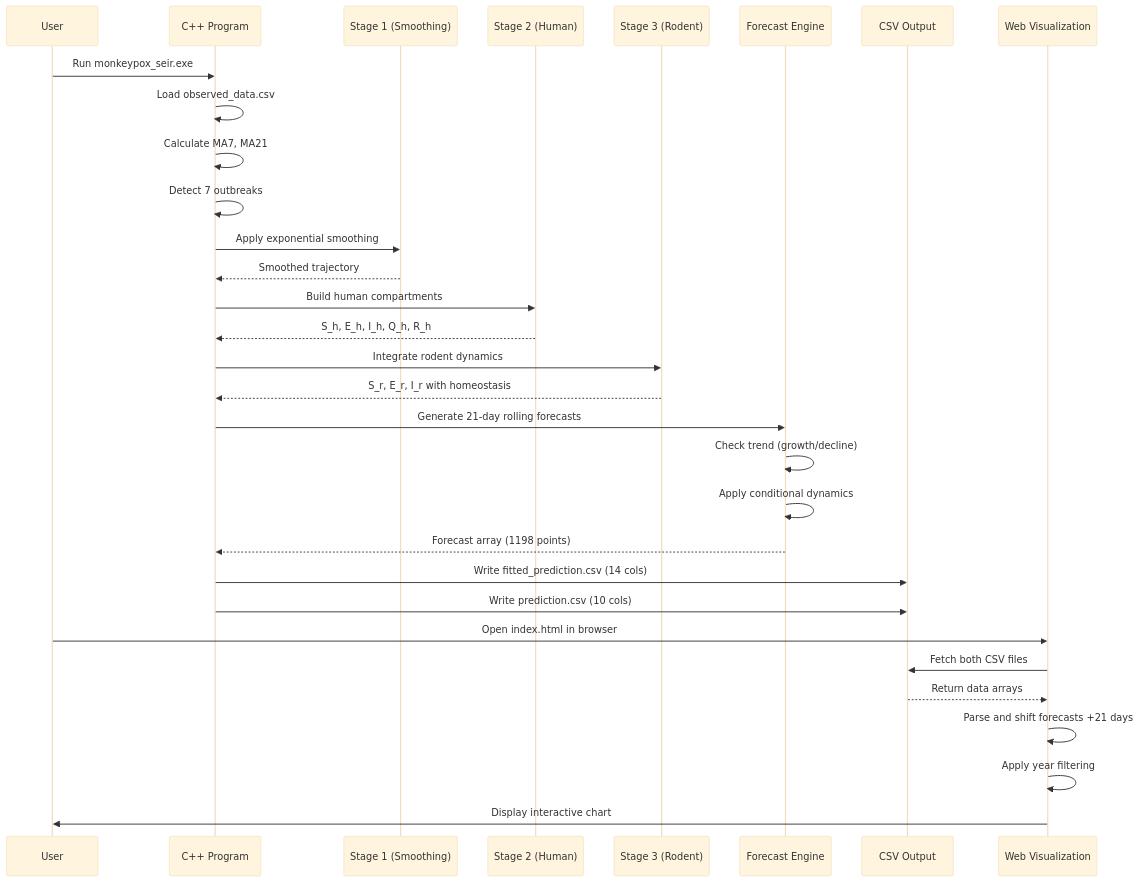
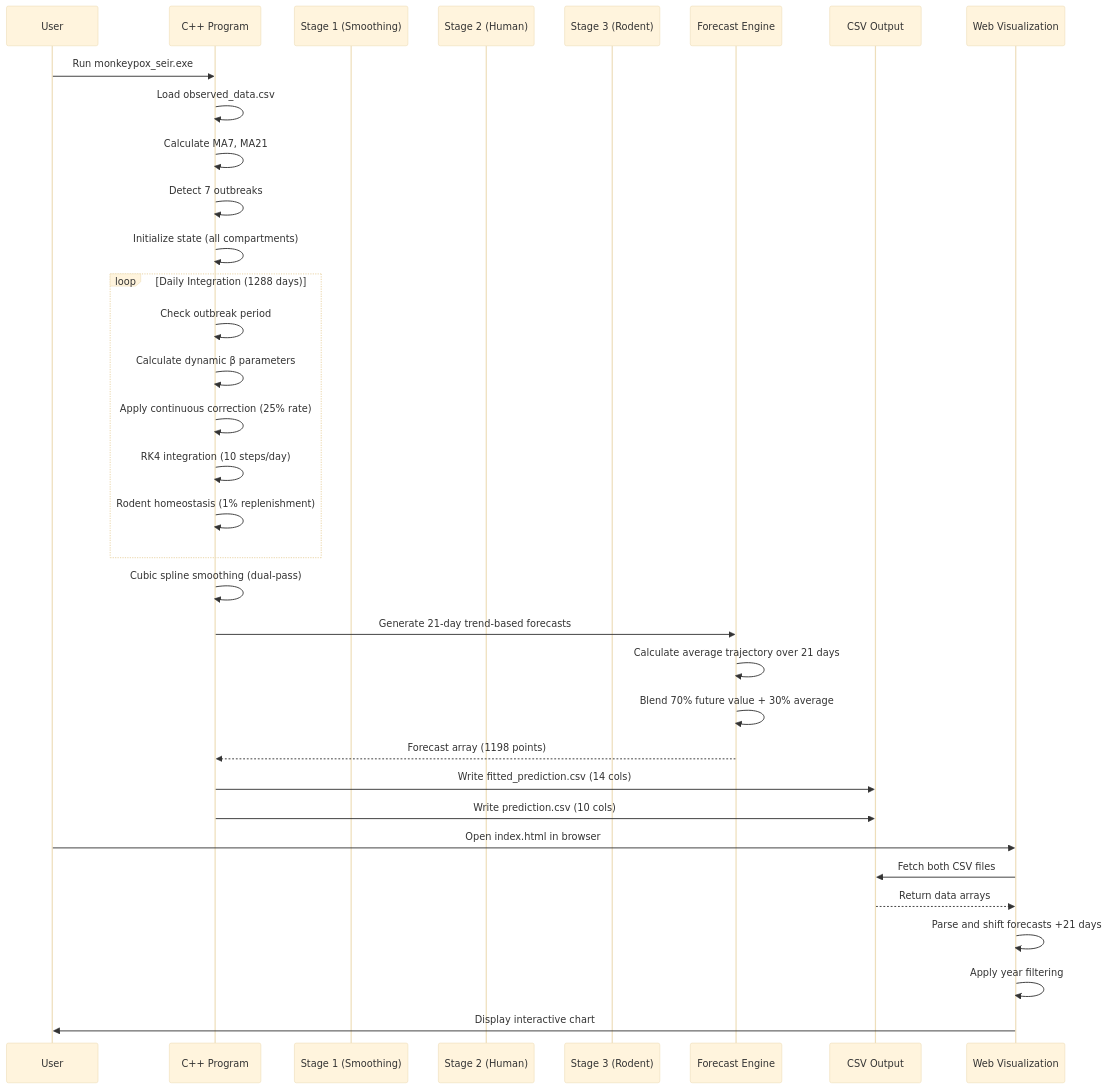
The seventh of 8 diagrams in ARCHITECTURE.md (minhlol/approximationthingies), drawn with Mermaid (base theme) before and after one commit. The commit also changed other lines of this file and 8 other files, not shown here.

````diff
--- a/ARCHITECTURE.md
+++ b/ARCHITECTURE.md
@@ -173,40 +185,43 @@
 ```mermaid
 sequenceDiagram
     participant User
     participant CPP as C++ Program
     participant Stage1 as Stage 1 (Smoothing)
     participant Stage2 as Stage 2 (Human)
     participant Stage3 as Stage 3 (Rodent)
     participant Forecast as Forecast Engine
     participant CSV as CSV Output
     participant HTML as Web Visualization
     
     User->>CPP: Run monkeypox_seir.exe
     CPP->>CPP: Load observed_data.csv
     CPP->>CPP: Calculate MA7, MA21
     CPP->>CPP: Detect 7 outbreaks
     
-    CPP->>Stage1: Apply exponential smoothing
-    Stage1-->>CPP: Smoothed trajectory
+    CPP->>CPP: Initialize state (all compartments)
     
-    CPP->>Stage2: Build human compartments
-    Stage2-->>CPP: S_h, E_h, I_h, Q_h, R_h
+    loop Daily Integration (1288 days)
+        CPP->>CPP: Check outbreak period
+        CPP->>CPP: Calculate dynamic β parameters
+        CPP->>CPP: Apply continuous correction (25% rate)
+        CPP->>CPP: RK4 integration (10 steps/day)
+        CPP->>CPP: Rodent homeostasis (1% replenishment)
+    end
     
-    CPP->>Stage3: Integrate rodent dynamics
-    Stage3-->>CPP: S_r, E_r, I_r with homeostasis
+    CPP->>CPP: Cubic spline smoothing (dual-pass)
     
-    CPP->>Forecast: Generate 21-day rolling forecasts
-    Forecast->>Forecast: Check trend (growth/decline)
-    Forecast->>Forecast: Apply conditional dynamics
+    CPP->>Forecast: Generate 21-day trend-based forecasts
+    Forecast->>Forecast: Calculate average trajectory over 21 days
+    Forecast->>Forecast: Blend 70% future value + 30% average
     Forecast-->>CPP: Forecast array (1198 points)
     
     CPP->>CSV: Write fitted_prediction.csv (14 cols)
     CPP->>CSV: Write prediction.csv (10 cols)
     
     User->>HTML: Open index.html in browser
     HTML->>CSV: Fetch both CSV files
     CSV-->>HTML: Return data arrays
     HTML->>HTML: Parse and shift forecasts +21 days
     HTML->>HTML: Apply year filtering
     HTML->>User: Display interactive chart
 ```
````
